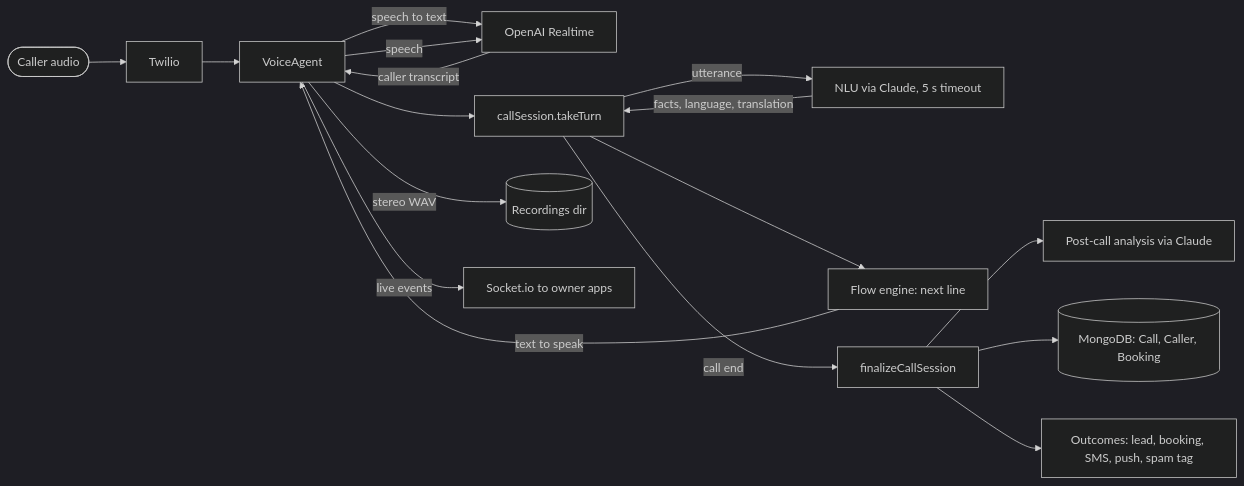
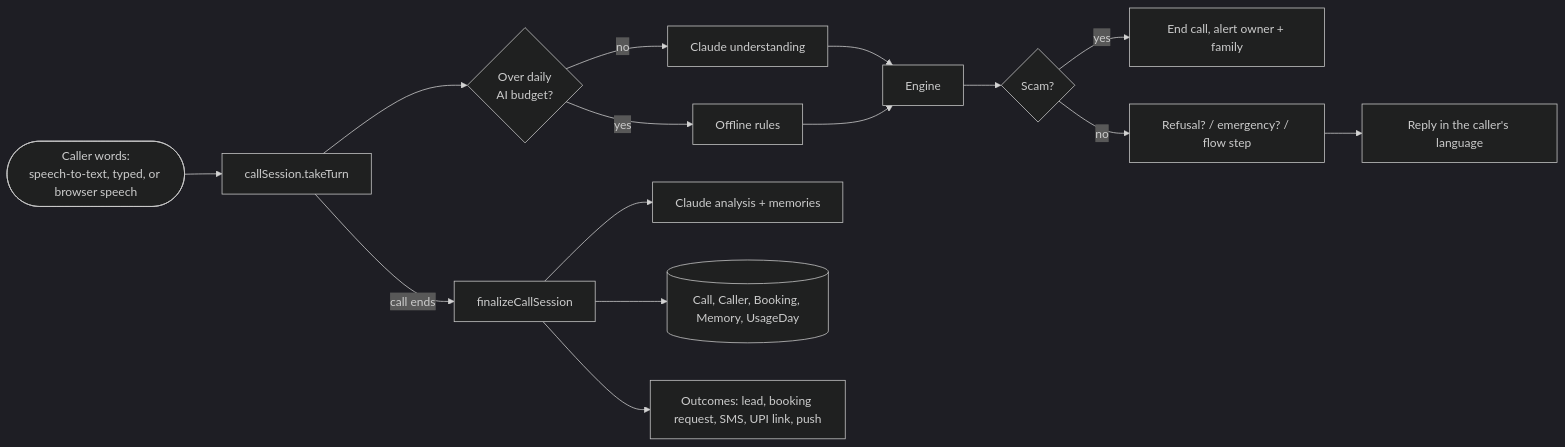
The fourth of 10 diagrams in README.md (Phani3108/Vexa), drawn with Mermaid (dark theme) before and after one commit. The commit also changed other lines of this file and 4 other files, not shown here.

````diff
--- a/README.md
+++ b/README.md
@@ -674,19 +716,17 @@
 ```mermaid
 flowchart LR
-  c([Caller audio]) --> tw[Twilio]
-  tw --> va[VoiceAgent]
-  va -->|speech to text| oa[OpenAI Realtime]
-  oa -->|caller transcript| va
-  va --> cs[callSession.takeTurn]
-  cs -->|utterance| nlu[NLU via Claude, 5 s timeout]
-  nlu -->|facts, language, translation| cs
-  cs --> eng[Flow engine: next line]
-  eng -->|text to speak| va
-  va -->|speech| oa
-  va -->|stereo WAV| rec[(Recordings dir)]
-  va -->|live events| sio[Socket.io to owner apps]
-  cs -->|call end| fin[finalizeCallSession]
-  fin --> an[Post-call analysis via Claude]
-  fin --> db[(MongoDB: Call, Caller, Booking)]
-  fin --> oc[Outcomes: lead, booking, SMS, push, spam tag]
+  words([Caller words:<br/>speech-to-text, typed, or browser speech]) --> cs[callSession.takeTurn]
+  cs --> q{Over daily<br/>AI budget?}
+  q -->|no| nlu[Claude understanding]
+  q -->|yes| off[Offline rules]
+  nlu --> eng[Engine]
+  off --> eng
+  eng --> s{Scam?}
+  s -->|yes| end1[End call, alert owner + family]
+  s -->|no| r[Refusal? / emergency? / flow step]
+  r --> say[Reply in the caller's language]
+  cs -->|call ends| fin[finalizeCallSession]
+  fin --> an[Claude analysis + memories]
+  fin --> db[(Call, Caller, Booking, Memory, UsageDay)]
+  fin --> oc[Outcomes: lead, booking request, SMS, UPI link, push]
 ```
````
